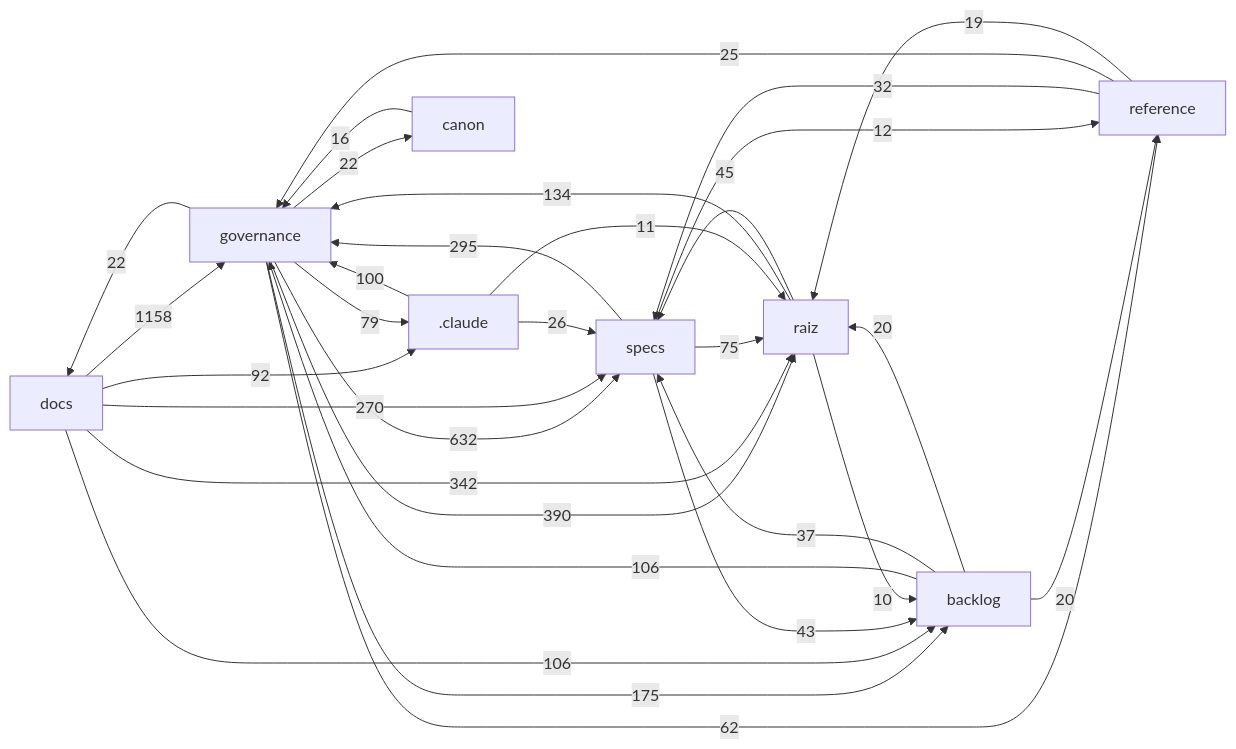
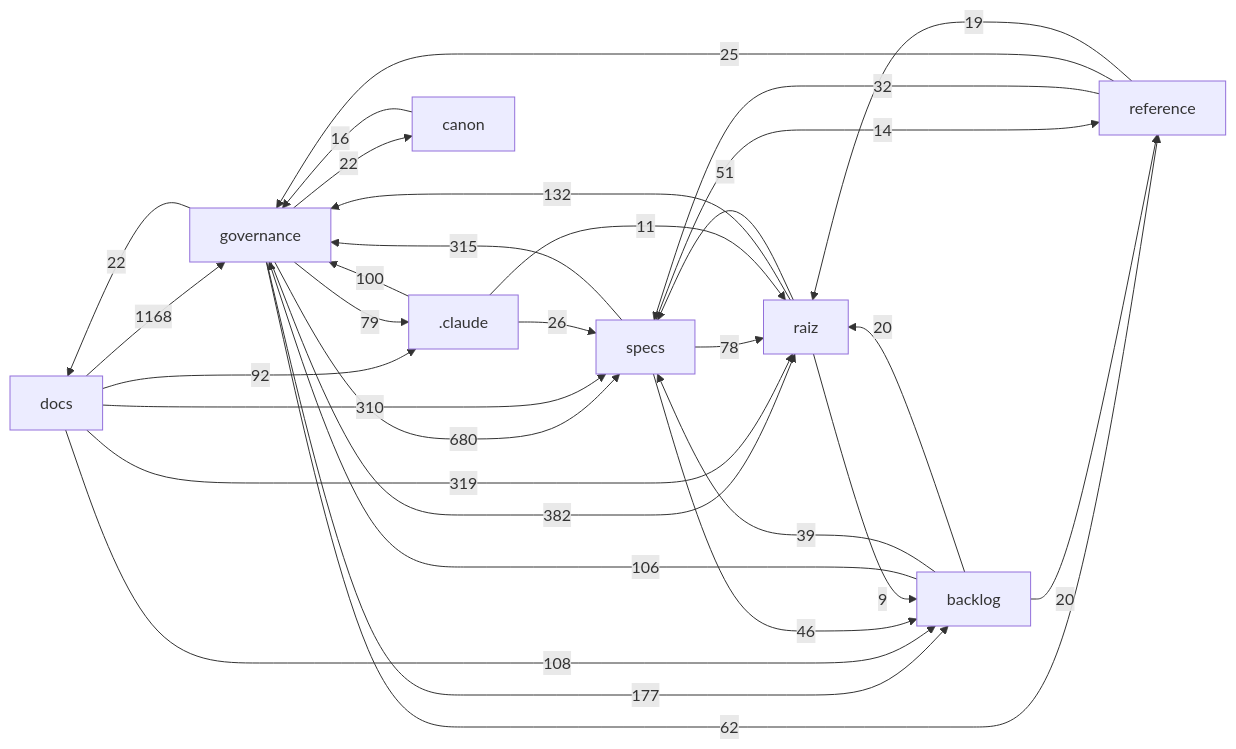
One commit to Andraus35/Sistema-Operacional-de-Trading--SOT changed the diagram in docs/mapa/MAPA-PROJETO.md. Above: the diagram before and after it, drawn with Mermaid. The commit also changed other lines of this file and 8 other files, not shown here.

````diff
--- a/docs/mapa/MAPA-PROJETO.md
+++ b/docs/mapa/MAPA-PROJETO.md
@@ -29,33 +29,33 @@
 ```mermaid
 flowchart LR
-  docs["docs"] -->|1158| governance["governance"]
-  governance["governance"] -->|632| specs["specs"]
-  governance["governance"] -->|390| raiz["raiz"]
-  docs["docs"] -->|342| raiz["raiz"]
-  specs["specs"] -->|295| governance["governance"]
-  docs["docs"] -->|270| specs["specs"]
-  governance["governance"] -->|175| backlog["backlog"]
-  raiz["raiz"] -->|134| governance["governance"]
+  docs["docs"] -->|1168| governance["governance"]
+  governance["governance"] -->|680| specs["specs"]
+  governance["governance"] -->|382| raiz["raiz"]
+  docs["docs"] -->|319| raiz["raiz"]
+  specs["specs"] -->|315| governance["governance"]
+  docs["docs"] -->|310| specs["specs"]
+  governance["governance"] -->|177| backlog["backlog"]
+  raiz["raiz"] -->|132| governance["governance"]
+  docs["docs"] -->|108| backlog["backlog"]
   backlog["backlog"] -->|106| governance["governance"]
-  docs["docs"] -->|106| backlog["backlog"]
   _claude[".claude"] -->|100| governance["governance"]
   docs["docs"] -->|92| _claude[".claude"]
   governance["governance"] -->|79| _claude[".claude"]
-  specs["specs"] -->|75| raiz["raiz"]
+  specs["specs"] -->|78| raiz["raiz"]
   governance["governance"] -->|62| reference["reference"]
-  raiz["raiz"] -->|45| specs["specs"]
-  specs["specs"] -->|43| backlog["backlog"]
-  backlog["backlog"] -->|37| specs["specs"]
+  raiz["raiz"] -->|51| specs["specs"]
+  specs["specs"] -->|46| backlog["backlog"]
+  backlog["backlog"] -->|39| specs["specs"]
   reference["reference"] -->|32| specs["specs"]
   _claude[".claude"] -->|26| specs["specs"]
   reference["reference"] -->|25| governance["governance"]
   governance["governance"] -->|22| docs["docs"]
   governance["governance"] -->|22| canon["canon"]
   backlog["backlog"] -->|20| raiz["raiz"]
   backlog["backlog"] -->|20| reference["reference"]
   reference["reference"] -->|19| raiz["raiz"]
   canon["canon"] -->|16| governance["governance"]
-  specs["specs"] -->|12| reference["reference"]
+  specs["specs"] -->|14| reference["reference"]
   _claude[".claude"] -->|11| raiz["raiz"]
-  raiz["raiz"] -->|10| backlog["backlog"]
+  raiz["raiz"] -->|9| backlog["backlog"]
 ```
````
